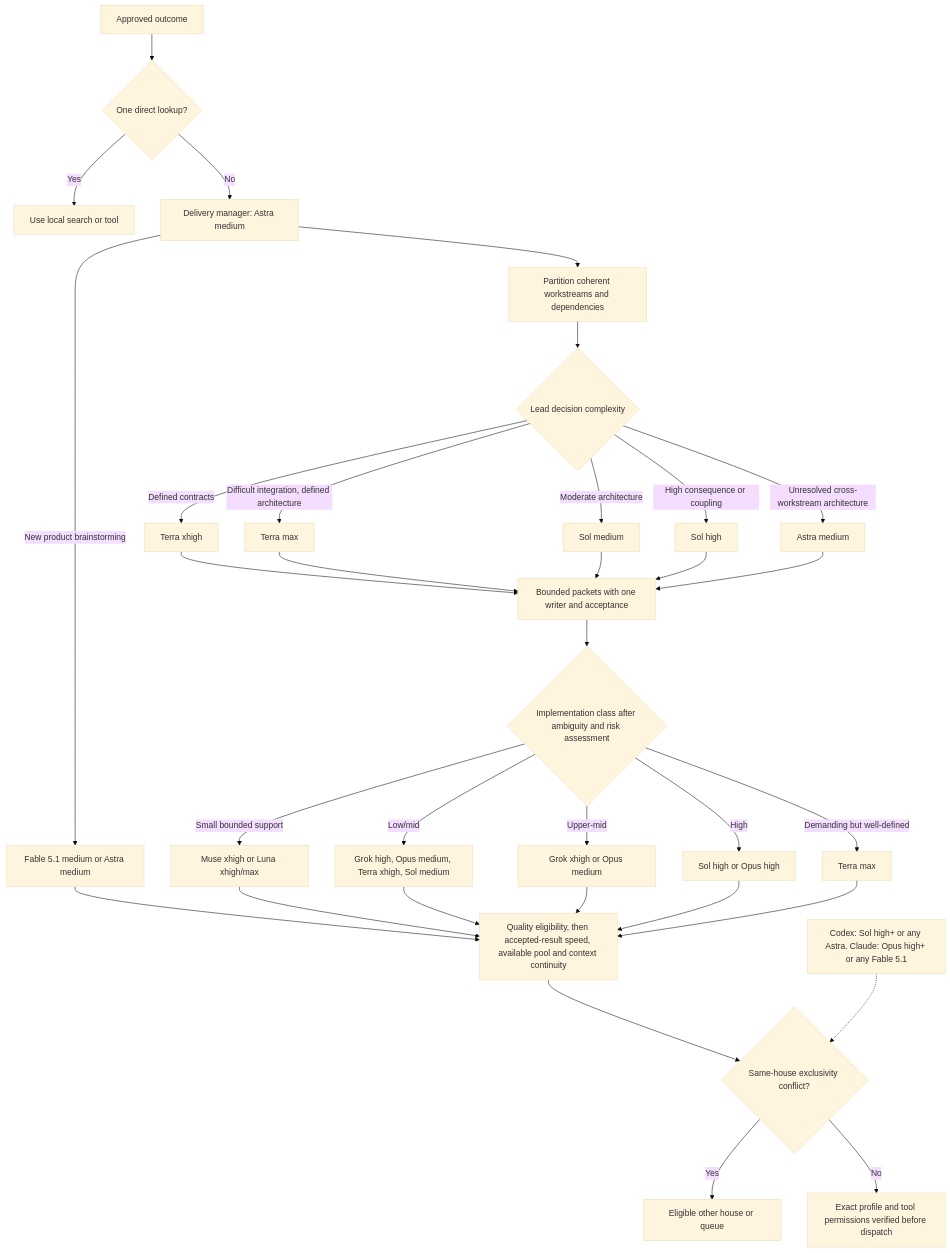
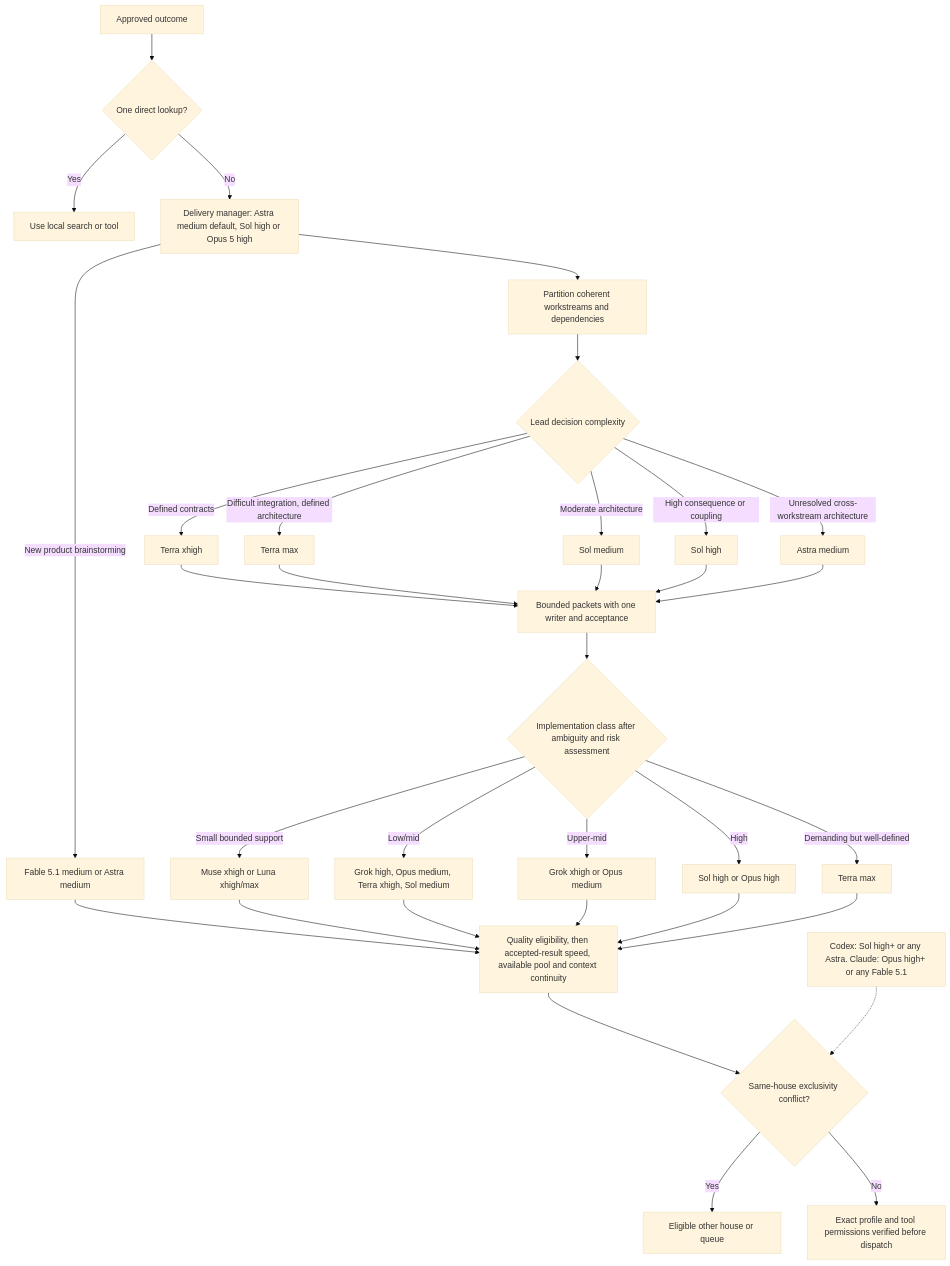
Before and after one commit to rodrigolmiranda/agent-skills: the first of 6 diagrams in docs/interchange-decisions.md, drawn with Mermaid (base theme). The commit also changed other lines of this file and 6 other files, not shown here.

Commit message:
feat: allow Sol and Opus delivery managers

````diff
--- a/docs/interchange-decisions.md
+++ b/docs/interchange-decisions.md
@@ -7,27 +7,27 @@
 ```mermaid
 flowchart TD
   A[Approved outcome] --> B{One direct lookup?}
   B -->|Yes| C[Use local search or tool]
-  B -->|No| D[Delivery manager: Astra medium]
+  B -->|No| D[Delivery manager: Astra medium default, Sol high or Opus 5 high]
   D --> E[Partition coherent workstreams and dependencies]
   D -->|New product brainstorming| W[Fable 5.1 medium or Astra medium]
   W --> R
   E --> F{Lead decision complexity}
   F -->|Defined contracts| G[Terra xhigh]
   F -->|Difficult integration, defined architecture| H[Terra max]
   F -->|Moderate architecture| I[Sol medium]
   F -->|High consequence or coupling| J[Sol high]
   F -->|Unresolved cross-workstream architecture| K[Astra medium]
   G & H & I & J & K --> L[Bounded packets with one writer and acceptance]
   L --> M{Implementation class after ambiguity and risk assessment}
   M -->|Small bounded support| N[Muse xhigh or Luna xhigh/max]
   M -->|Low/mid| O[Grok high, Opus medium, Terra xhigh, Sol medium]
   M -->|Upper-mid| P[Grok xhigh or Opus medium]
   M -->|High| Q[Sol high or Opus high]
   M -->|Demanding but well-defined| T[Terra max]
   N & O & P & Q & T --> R[Quality eligibility, then accepted-result speed, available pool and context continuity]
   R --> U{Same-house exclusivity conflict?}
   X[Codex: Sol high+ or any Astra. Claude: Opus high+ or any Fable 5.1] -.-> U
   U -->|Yes| V[Eligible other house or queue]
   U -->|No| S[Exact profile and tool permissions verified before dispatch]
 ```
````
